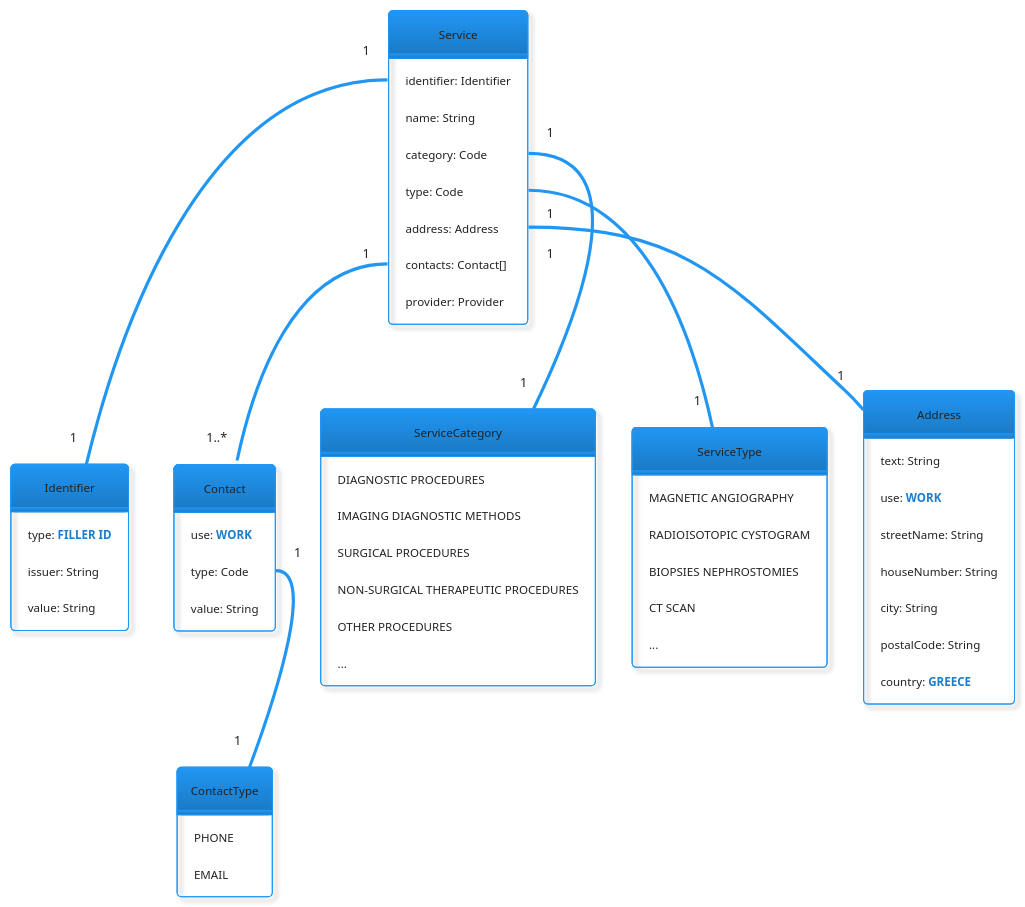
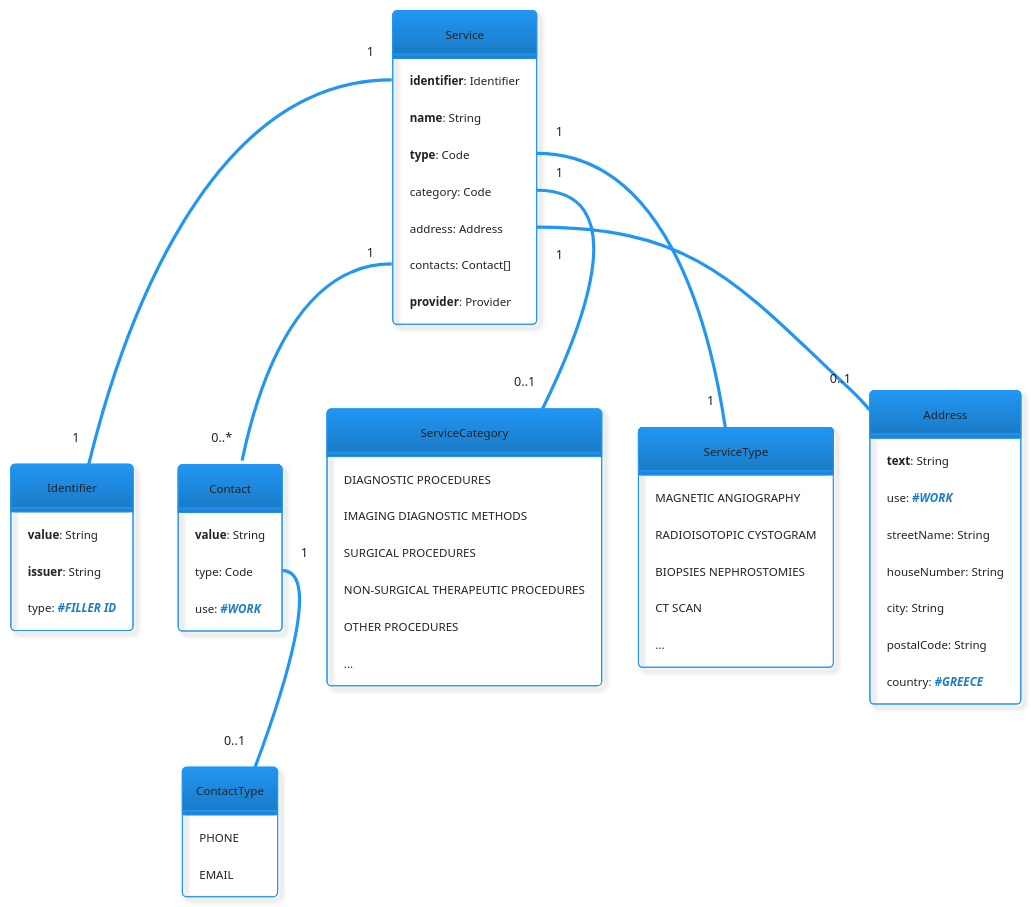
The diagram in input/images-source/service-logical-model.plantuml (hl7-hellas/gr-fhir-base), drawn with PlantUML before and after one commit. The commit also changed 16 other files, not shown here.

```diff
--- a/input/images-source/service-logical-model.plantuml
+++ b/input/images-source/service-logical-model.plantuml
@@ -1,68 +1,67 @@
 @startuml
 !theme materia-outline
 skinparam classAttributeIconSize 0
 hide empty members
 hide circle
-'left to right direction
 
 entity Service {
-  identifier: Identifier
-  name: String
+  <b>identifier</b>: Identifier
+  <b>name</b>: String
+  <b>type</b>: Code
   category: Code
-  type: Code
   address: Address
   contacts: Contact[]
-  provider: Provider
+  <b>provider</b>: Provider
 }
 
 entity Identifier {
-  type: <b><color:#1B7DCB>FILLER ID</color></b>
-  issuer: String
-  value: String
+  <b>value</b>: String
+  <b>issuer</b>: String
+  type: <b><i><color:#1B7DCB>#FILLER ID</color></i></b>
 }
 
 entity Contact {
-  use: <b><color:#1B7DCB>WORK</color></b>
+  <b>value</b>: String
   type: Code
-  value: String
+  use: <b><i><color:#1B7DCB>#WORK</color></i></b>
 }
 
 enum ServiceCategory {
   DIAGNOSTIC PROCEDURES
   IMAGING DIAGNOSTIC METHODS
   SURGICAL PROCEDURES
   NON-SURGICAL THERAPEUTIC PROCEDURES
   OTHER PROCEDURES
   ...
 }
 
 enum ServiceType {
   MAGNETIC ANGIOGRAPHY
   RADIOISOTOPIC CYSTOGRAM
   BIOPSIES NEPHROSTOMIES
   CT SCAN
   ...
 }
 
 entity Address {
-  text: String
-  use: <b><color:#1B7DCB>WORK</color></b>
+  <b>text</b>: String
+  use: <b><i><color:#1B7DCB>#WORK</color></i></b>
   streetName: String
   houseNumber: String
   city: String
   postalCode: String
-  country: <b><color:#1B7DCB>GREECE</color></b>
+  country: <b><i><color:#1B7DCB>#GREECE</color></i></b>
 }
 
 enum ContactType {
 	PHONE
 	EMAIL
 }
 
 Service::identifier "1" -- "1" Identifier
-Service::category "1" -- "1" ServiceCategory
+Service::category "1" -- "0..1" ServiceCategory
 Service::type "1" -- "1" ServiceType
-Service::address "1" -- "1" Address
-Service::contacts "1" -- "1..*" Contact
-Contact::type "1" -- "1" ContactType
+Service::address "1" -- "0..1" Address
+Service::contacts "1" -- "0..*" Contact
+Contact::type "1" -- "0..1" ContactType
 @enduml
```
